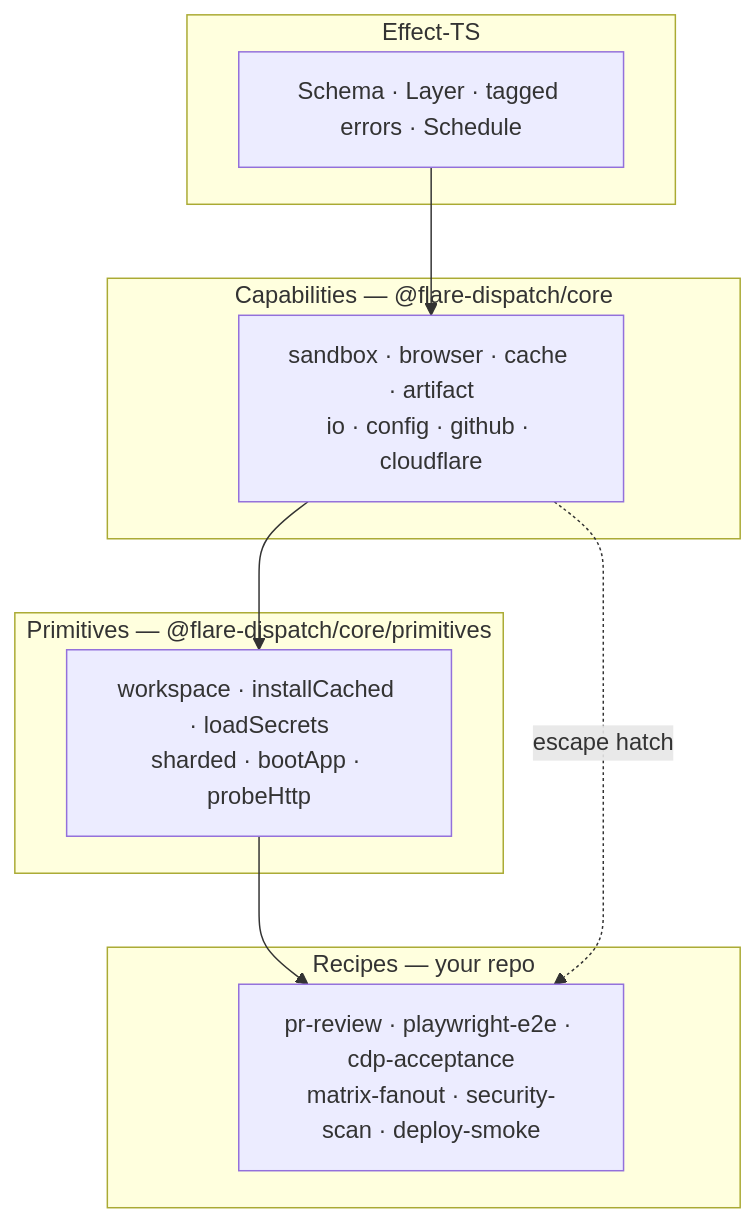
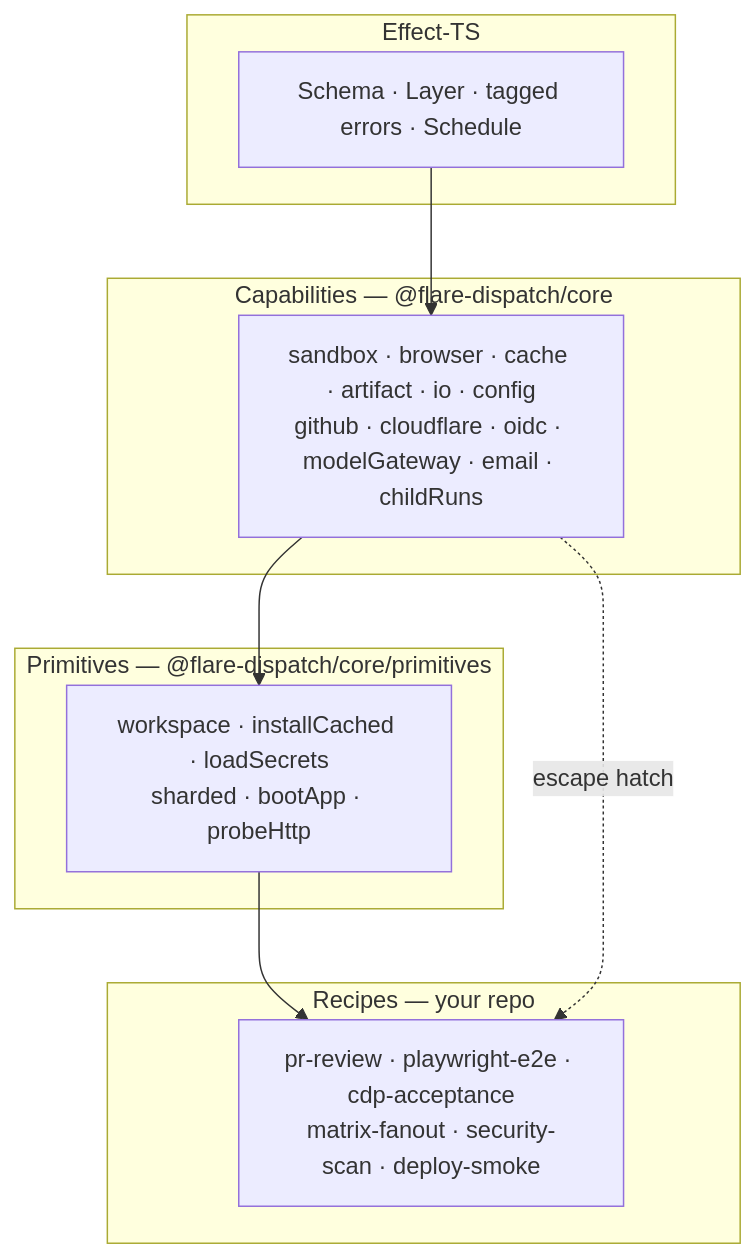
One commit to OpenHackersClub/flare-dispatch changed the diagram in specs/03-dsl.md. Above: the diagram before and after it, drawn with Mermaid. The commit also changed other lines of this file and 21 other files, not shown here.

````diff
--- a/specs/03-dsl.md
+++ b/specs/03-dsl.md
@@ -9,19 +9,19 @@
 ```mermaid
 flowchart TB
   subgraph L0[Effect-TS]
     EFF[Schema · Layer · tagged errors · Schedule]
   end
   subgraph L1[Capabilities — @flare-dispatch/core]
-    CAP["sandbox · browser · cache · artifact<br/>io · config · github · cloudflare"]
+    CAP["sandbox · browser · cache · artifact · io · config<br/>github · cloudflare · oidc · modelGateway · email · childRuns"]
   end
   subgraph L2[Primitives — @flare-dispatch/core/primitives]
     PRIM["workspace · installCached · loadSecrets<br/>sharded · bootApp · probeHttp"]
   end
   subgraph L3[Recipes — your repo]
     REC["pr-review · playwright-e2e · cdp-acceptance<br/>matrix-fanout · security-scan · deploy-smoke"]
   end
   EFF --> CAP
   CAP --> PRIM
   PRIM --> REC
   CAP -.->|escape hatch| REC
 ```
````
